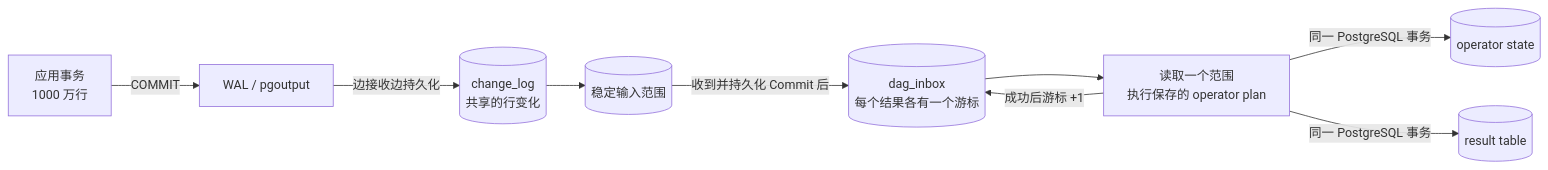
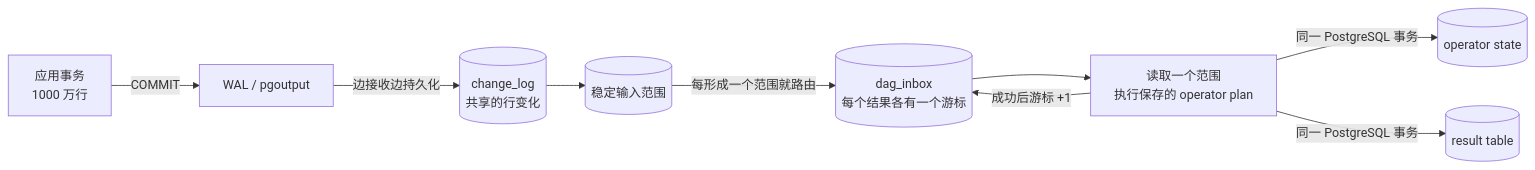
Before and after one commit to frelion/shiba: the first of 2 diagrams in docs/ARCHITECTURE.md, drawn with Mermaid. The commit also changed other lines of this file and 13 other files, not shown here.

````diff
--- a/docs/ARCHITECTURE.md
+++ b/docs/ARCHITECTURE.md
@@ -8,20 +8,20 @@
 ```mermaid
 flowchart LR
     APP["应用事务<br/>1000 万行"]
     WAL["WAL / pgoutput"]
     LOG[("change_log<br/>共享的行变化")]
     RANGES[("稳定输入范围")]
     INBOX[("dag_inbox<br/>每个结果各有一个游标")]
     APPLY["读取一个范围<br/>执行保存的 operator plan"]
     STATE[("operator state")]
     RESULT[("result table")]
 
     APP -->|"COMMIT"| WAL
     WAL -->|"边接收边持久化"| LOG
     LOG --> RANGES
-    RANGES -->|"收到并持久化 Commit 后"| INBOX
+    RANGES -->|"每形成一个范围就路由"| INBOX
     INBOX --> APPLY
     APPLY -->|"同一 PostgreSQL 事务"| STATE
     APPLY -->|"同一 PostgreSQL 事务"| RESULT
     APPLY -->|"成功后游标 +1"| INBOX
 ```
````
